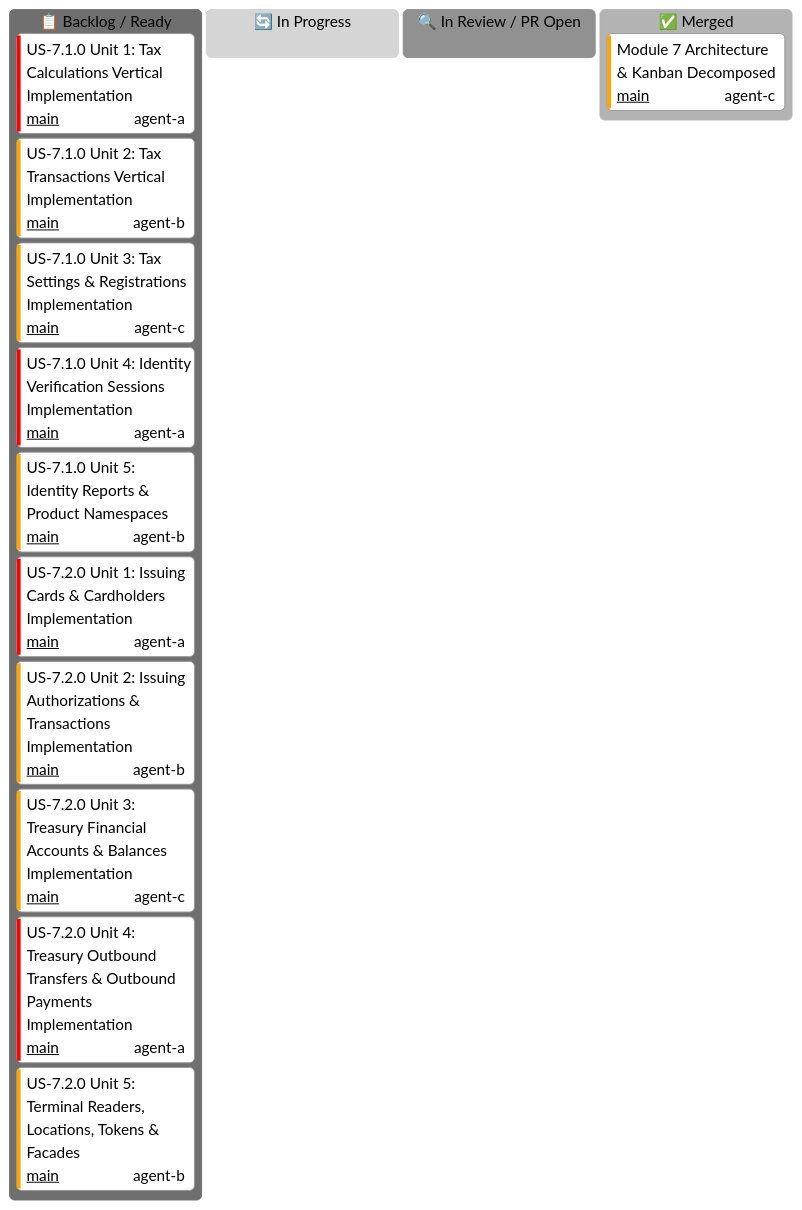
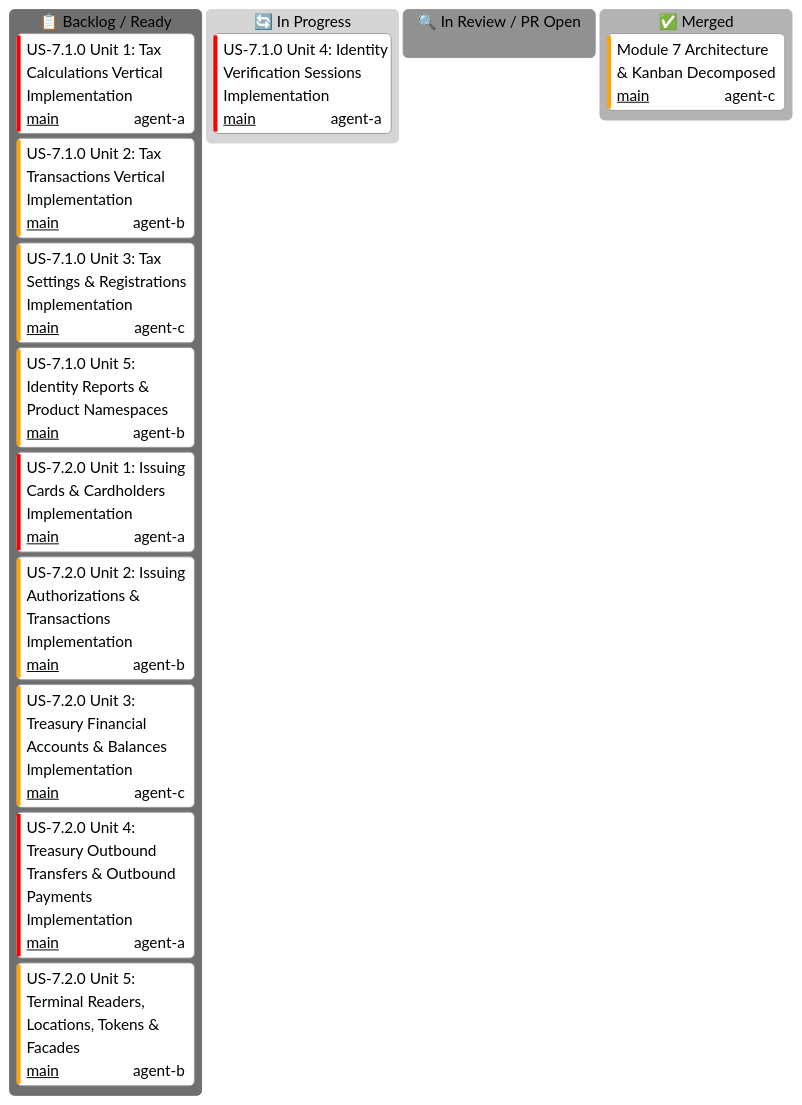
One commit to some-of-cs/some-stripe changed the diagram in docs/user-stories/module-7-specialized-product-namespaces/KANBAN.md. Above: the diagram before and after it, drawn with Mermaid (neutral theme). The commit also changed other lines of this file and 8 other files, not shown here.

Commit message:
feat(us-7.1.0/unit-4): identity verification sessions resource and biometric models

````diff
--- a/docs/user-stories/module-7-specialized-product-namespaces/KANBAN.md
+++ b/docs/user-stories/module-7-specialized-product-namespaces/KANBAN.md
@@ -16,23 +16,23 @@
 ```mermaid
 ---
 config:
   kanban:
     ticketBaseUrl: 'https://github.com/some-of-cs/some-stripe/pull/#TICKET#'
 ---
 kanban
   todo[📋 Backlog / Ready]
     us71_u1[US-7.1.0 Unit 1: Tax Calculations Vertical Implementation]@{ ticket: 'main', assigned: 'agent-a', priority: 'Very High' }
     us71_u2[US-7.1.0 Unit 2: Tax Transactions Vertical Implementation]@{ ticket: 'main', assigned: 'agent-b', priority: 'High' }
     us71_u3[US-7.1.0 Unit 3: Tax Settings & Registrations Implementation]@{ ticket: 'main', assigned: 'agent-c', priority: 'High' }
-    us71_u4[US-7.1.0 Unit 4: Identity Verification Sessions Implementation]@{ ticket: 'main', assigned: 'agent-a', priority: 'Very High' }
     us71_u5[US-7.1.0 Unit 5: Identity Reports & Product Namespaces]@{ ticket: 'main', assigned: 'agent-b', priority: 'High' }
     us72_u1[US-7.2.0 Unit 1: Issuing Cards & Cardholders Implementation]@{ ticket: 'main', assigned: 'agent-a', priority: 'Very High' }
     us72_u2[US-7.2.0 Unit 2: Issuing Authorizations & Transactions Implementation]@{ ticket: 'main', assigned: 'agent-b', priority: 'High' }
     us72_u3[US-7.2.0 Unit 3: Treasury Financial Accounts & Balances Implementation]@{ ticket: 'main', assigned: 'agent-c', priority: 'High' }
     us72_u4[US-7.2.0 Unit 4: Treasury Outbound Transfers & Outbound Payments Implementation]@{ ticket: 'main', assigned: 'agent-a', priority: 'Very High' }
     us72_u5[US-7.2.0 Unit 5: Terminal Readers, Locations, Tokens & Facades]@{ ticket: 'main', assigned: 'agent-b', priority: 'High' }
   in_progress[🔄 In Progress]
+    us71_u4[US-7.1.0 Unit 4: Identity Verification Sessions Implementation]@{ ticket: 'main', assigned: 'agent-a', priority: 'Very High' }
   in_review[🔍 In Review / PR Open]
   done[✅ Merged]
     m7_init[Module 7 Architecture & Kanban Decomposed]@{ ticket: 'main', assigned: 'agent-c', priority: 'High' }
 ```
````
